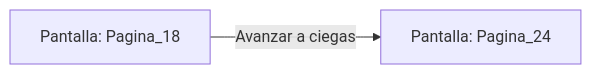
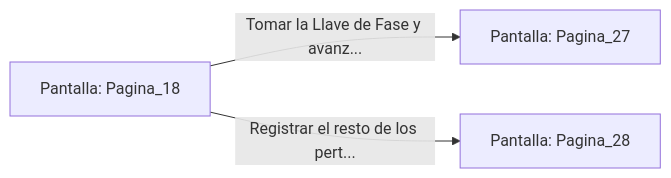
Before and after one commit to metsuke/mpl: the diagram in sample/eligejuego-vault/Pantalla_Pagina_18.md, drawn with Mermaid. The commit also changed other lines of this file and 635 other files, not shown here.

First line of the commit message:
fix: añadir Pagina_1 como pantalla inicial en capitulo_01.mpl

````diff
--- a/sample/eligejuego-vault/Pantalla_Pagina_18.md
+++ b/sample/eligejuego-vault/Pantalla_Pagina_18.md
@@ -14,5 +22,6 @@
 ```mermaid
 graph LR
     P_Pagina_18["Pantalla: Pagina_18"]
-    P_Pagina_18 -->|"Avanzar a ciegas"| P_Pagina_24["Pantalla: Pagina_24"]
+    P_Pagina_18 -->|"Tomar la Llave de Fase y avanz..."| P_Pagina_27["Pantalla: Pagina_27"]
+    P_Pagina_18 -->|"Registrar el resto de los pert..."| P_Pagina_28["Pantalla: Pagina_28"]
 ```
````
